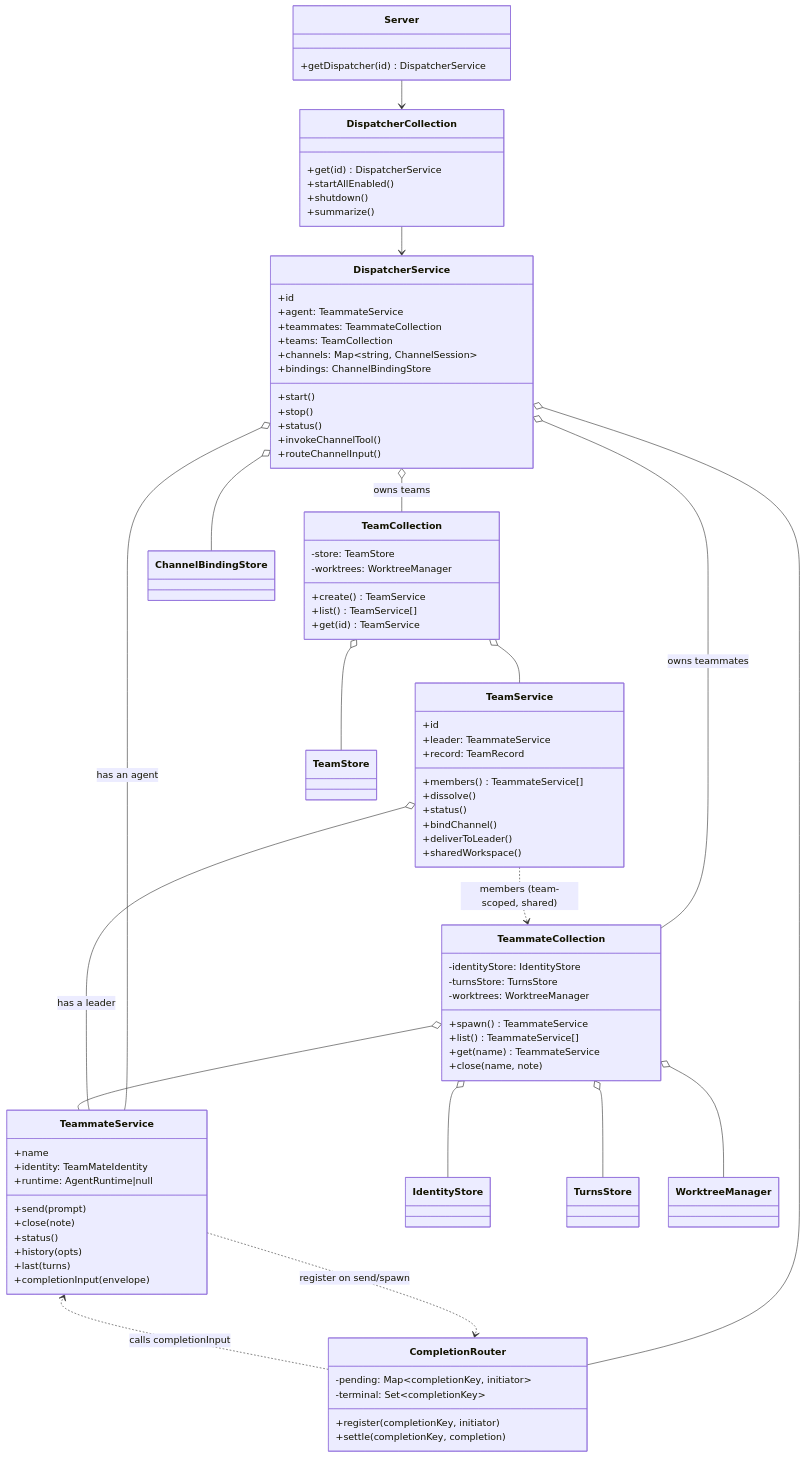
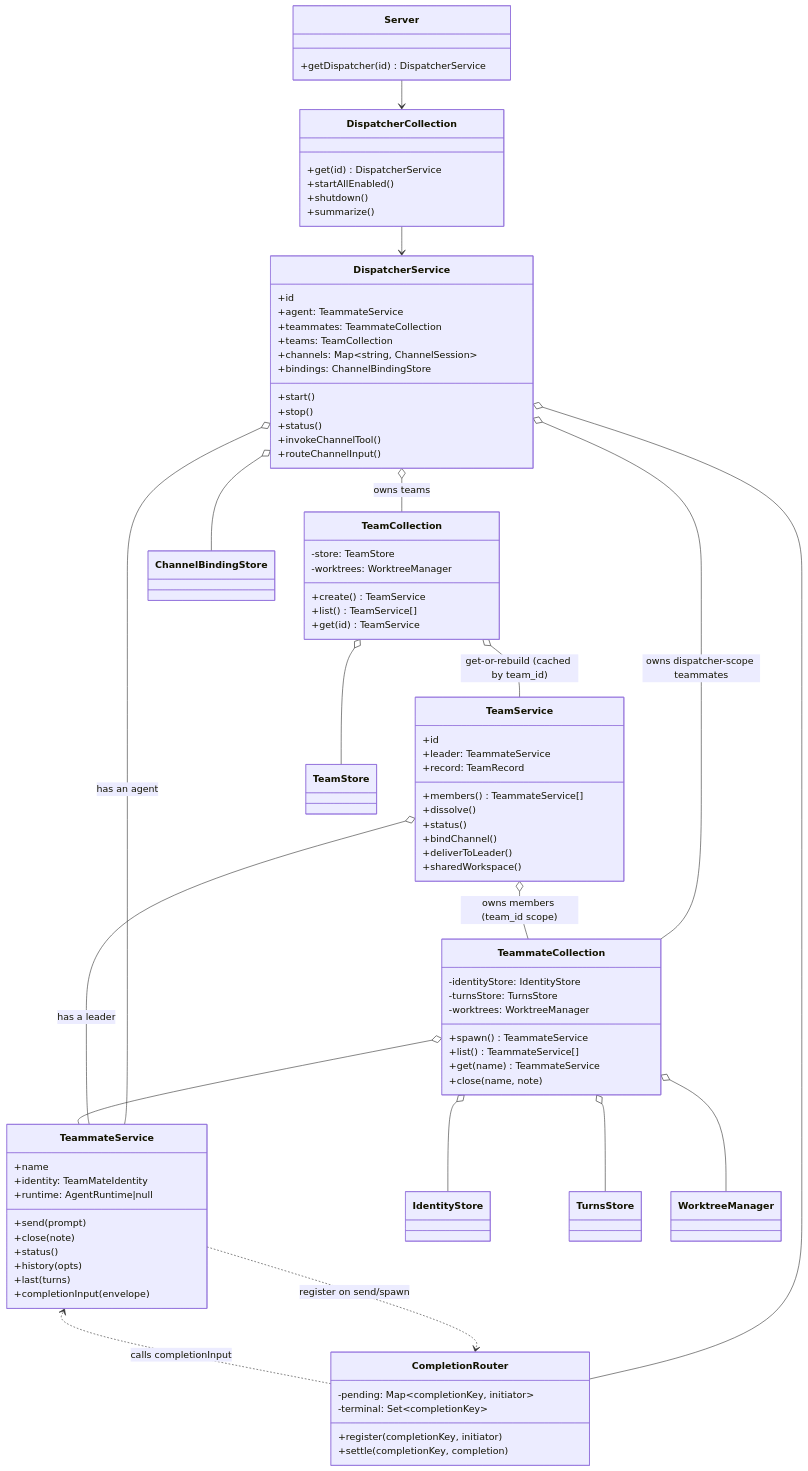
One commit to excitedjs/dreamux changed the diagram in .agents/decisions/service-architecture-refactor.md. Above: the diagram before and after it, drawn with Mermaid. The commit also changed other lines of this file and 57 other files, not shown here.

First line of the commit message:
refactor(#233): per-team TeammateCollection + src/service restructure

```diff
--- a/.agents/decisions/service-architecture-refactor.md
+++ b/.agents/decisions/service-architecture-refactor.md
@@ -215,13 +215,13 @@
     Server --> DispatcherCollection
     DispatcherCollection --> DispatcherService
     DispatcherService o-- TeammateService : has an agent
-    DispatcherService o-- TeammateCollection : owns teammates
+    DispatcherService o-- TeammateCollection : owns dispatcher-scope teammates
     DispatcherService o-- TeamCollection : owns teams
     DispatcherService o-- ChannelBindingStore
-    TeamCollection o-- TeamService
+    TeamCollection o-- TeamService : get-or-rebuild (cached by team_id)
     TeamCollection o-- TeamStore
     TeamService o-- TeammateService : has a leader
-    TeamService ..> TeammateCollection : members (team-scoped, shared)
+    TeamService o-- TeammateCollection : owns members (team_id scope)
     TeammateCollection o-- TeammateService
     TeammateCollection o-- IdentityStore
     TeammateCollection o-- TurnsStore
```
